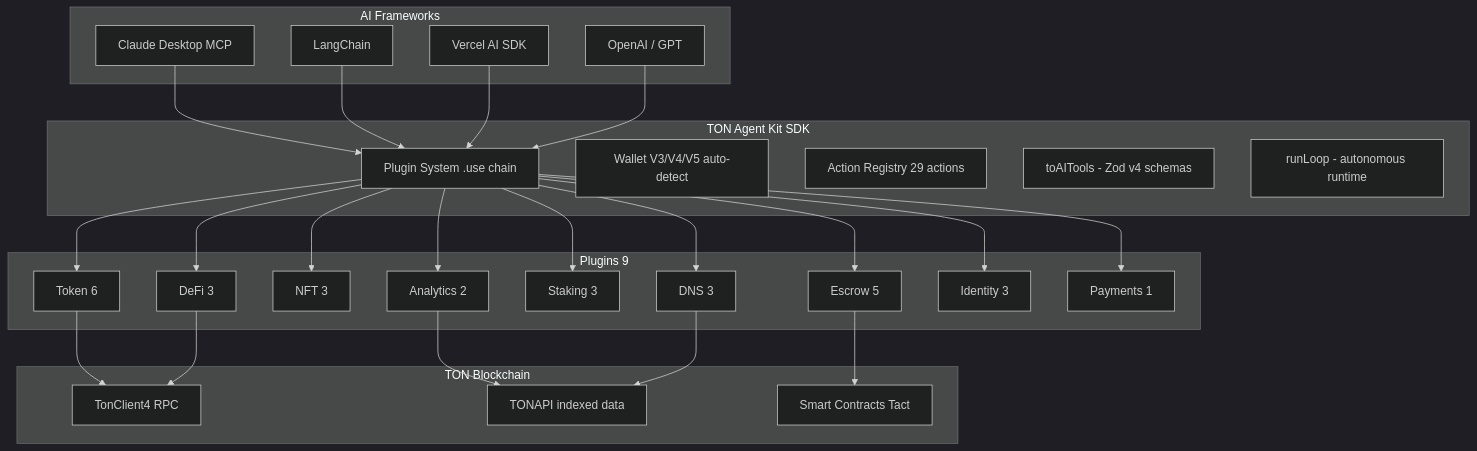
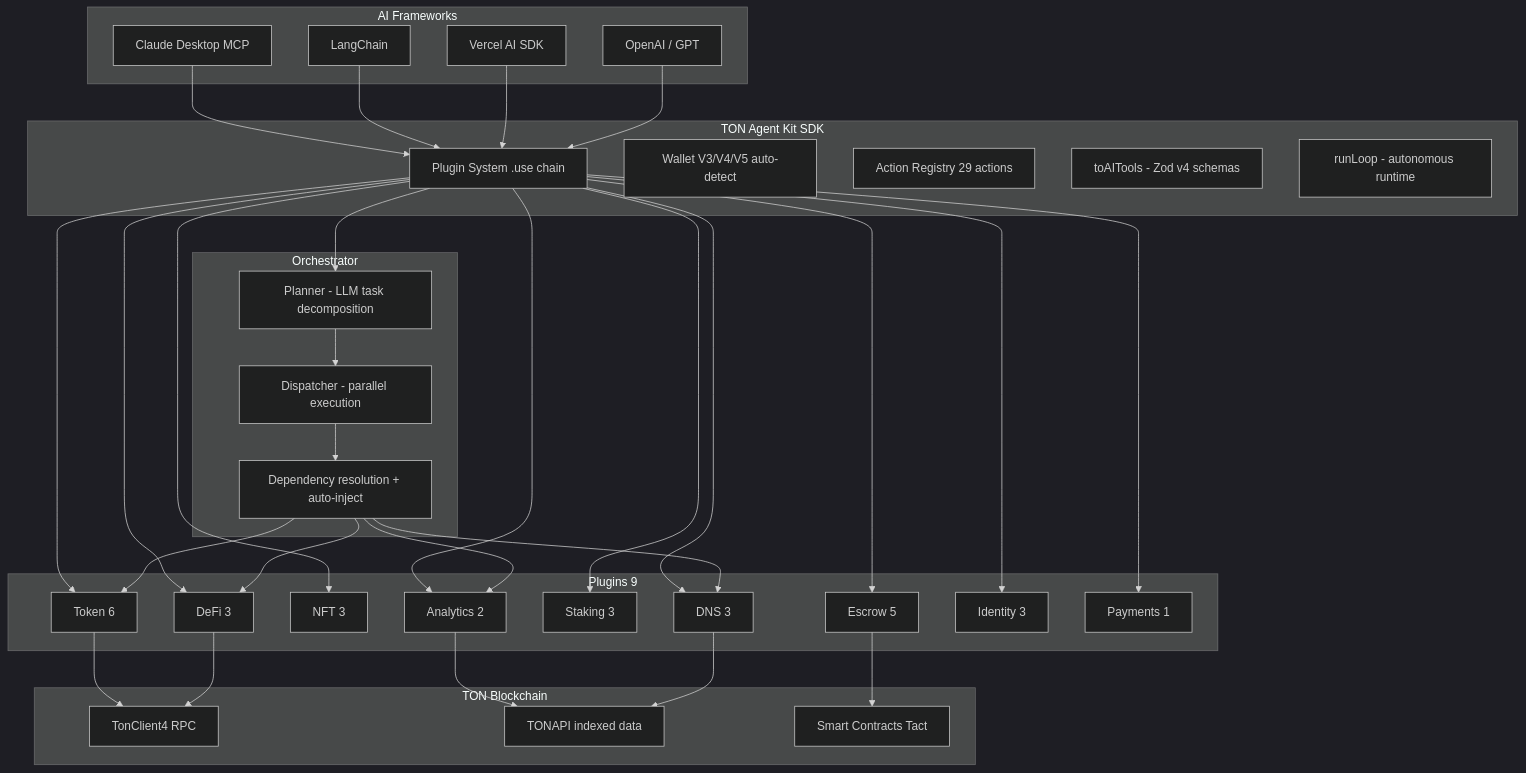
The second of 4 diagrams in README.md (Andy00L/ton-agent-kit), drawn with Mermaid (dark theme) before and after one commit. The commit also changed other lines of this file and 13 other files, not shown here.

````diff
--- a/README.md
+++ b/README.md
@@ -606,56 +730,71 @@
 ```mermaid
 graph TD
     subgraph "AI Frameworks"
         CD[Claude Desktop MCP]
         LC[LangChain]
         VA[Vercel AI SDK]
         OA[OpenAI / GPT]
     end
 
     subgraph "TON Agent Kit SDK"
         PS[Plugin System .use chain]
         WA[Wallet V3/V4/V5 auto-detect]
         AR[Action Registry 29 actions]
         AT[toAITools - Zod v4 schemas]
         RL[runLoop - autonomous runtime]
+    end
+
+    subgraph "Orchestrator"
+        PL[Planner - LLM task decomposition]
+        DP[Dispatcher - parallel execution]
+        DR[Dependency resolution + auto-inject]
     end
 
     subgraph "Plugins 9"
         TK[Token 6]
         DF[DeFi 3]
         NF[NFT 3]
         DN[DNS 3]
         ST[Staking 3]
         AN[Analytics 2]
         ES[Escrow 5]
         ID[Identity 3]
         PM[Payments 1]
     end
 
     subgraph "TON Blockchain"
         TC[TonClient4 RPC]
         TA[TONAPI indexed data]
         SC[Smart Contracts Tact]
     end
 
     CD --> PS
     LC --> PS
     VA --> PS
     OA --> PS
 
+    PS --> PL
+    PL --> DP
+    DP --> DR
+
     PS --> TK
     PS --> DF
     PS --> NF
     PS --> DN
     PS --> ST
     PS --> AN
     PS --> ES
     PS --> ID
     PS --> PM
 
+    DR --> TK
+    DR --> DF
+    DR --> DN
+    DR --> AN
+
     TK --> TC
     DF --> TC
     ES --> SC
     AN --> TA
     DN --> TA
 ```
````
